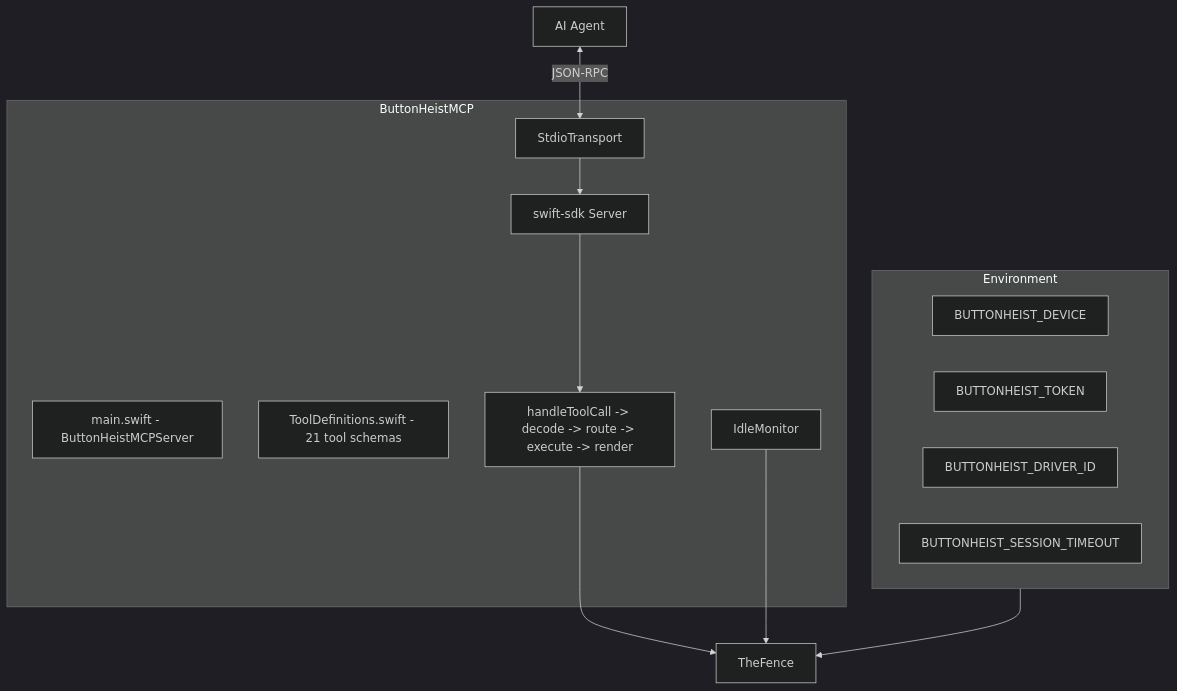
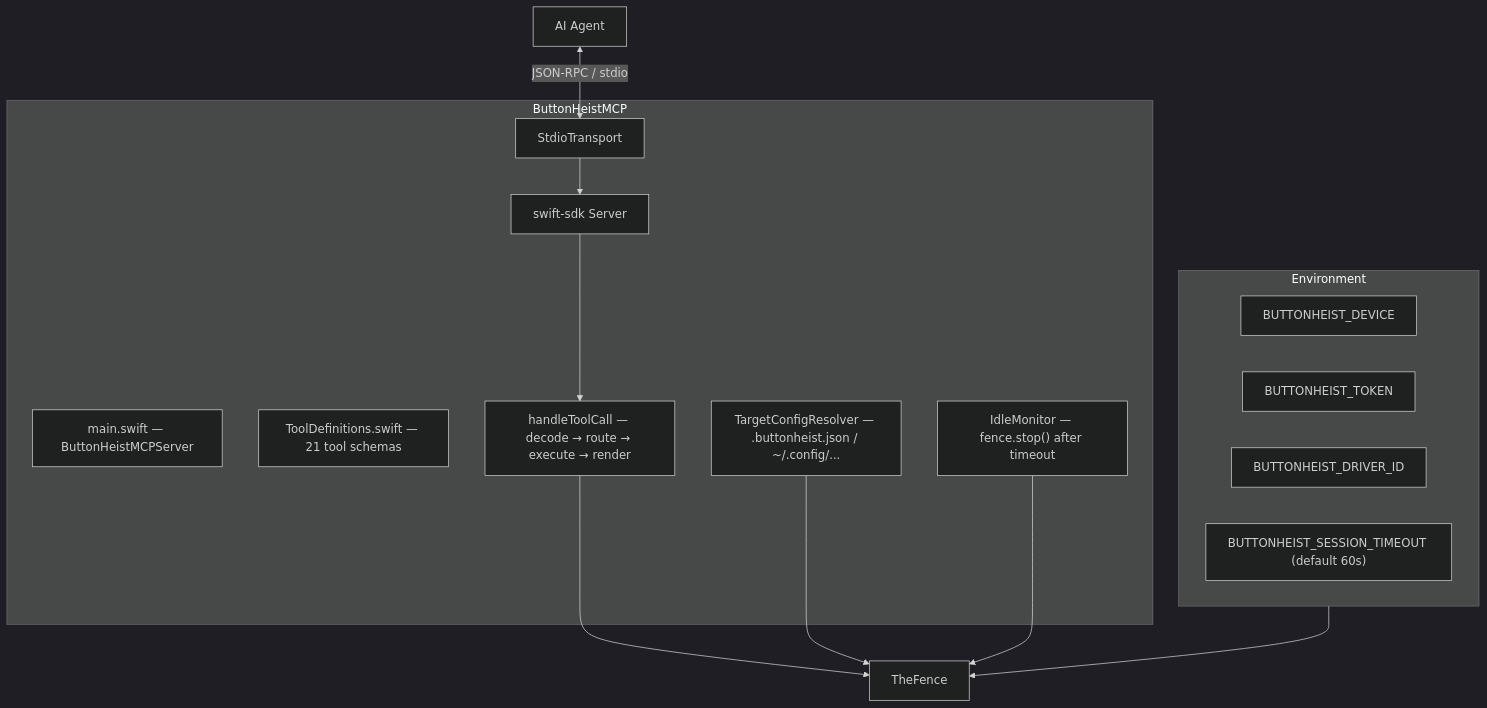
One commit to RoyalPineapple/TheButtonHeist changed the first of 2 diagrams in docs/dossiers/12-MCP.md. Above: the diagram before and after it, drawn with Mermaid (dark theme). The commit also changed other lines of this file and 11 other files, not shown here.

````diff
--- a/docs/dossiers/12-MCP.md
+++ b/docs/dossiers/12-MCP.md
@@ -19,25 +29,27 @@
 ```mermaid
 graph TD
     subgraph MCP["ButtonHeistMCP"]
-        Main["main.swift - ButtonHeistMCPServer"]
+        Main["main.swift — ButtonHeistMCPServer"]
         Server["swift-sdk Server"]
         Transport["StdioTransport"]
-        Tools["ToolDefinitions.swift - 21 tool schemas"]
-        Handler["handleToolCall -> decode -> route -> execute -> render"]
-        Idle["IdleMonitor"]
+        Tools["ToolDefinitions.swift — 21 tool schemas"]
+        Handler["handleToolCall — decode → route → execute → render"]
+        Idle["IdleMonitor — fence.stop() after timeout"]
+        Config["TargetConfigResolver — .buttonheist.json / ~/.config/..."]
     end
 
-    subgraph Config["Environment"]
+    subgraph Env["Environment"]
         Device["BUTTONHEIST_DEVICE"]
         Token["BUTTONHEIST_TOKEN"]
         Driver["BUTTONHEIST_DRIVER_ID"]
-        Timeout["BUTTONHEIST_SESSION_TIMEOUT"]
+        Timeout["BUTTONHEIST_SESSION_TIMEOUT (default 60s)"]
     end
 
-    Agent["AI Agent"] <-->|JSON-RPC| Transport
+    Agent["AI Agent"] <-->|JSON-RPC / stdio| Transport
     Transport --> Server
     Server --> Handler
     Handler --> TheFence["TheFence"]
     Config --> TheFence
+    Env --> TheFence
     Idle --> TheFence
 ```
````
